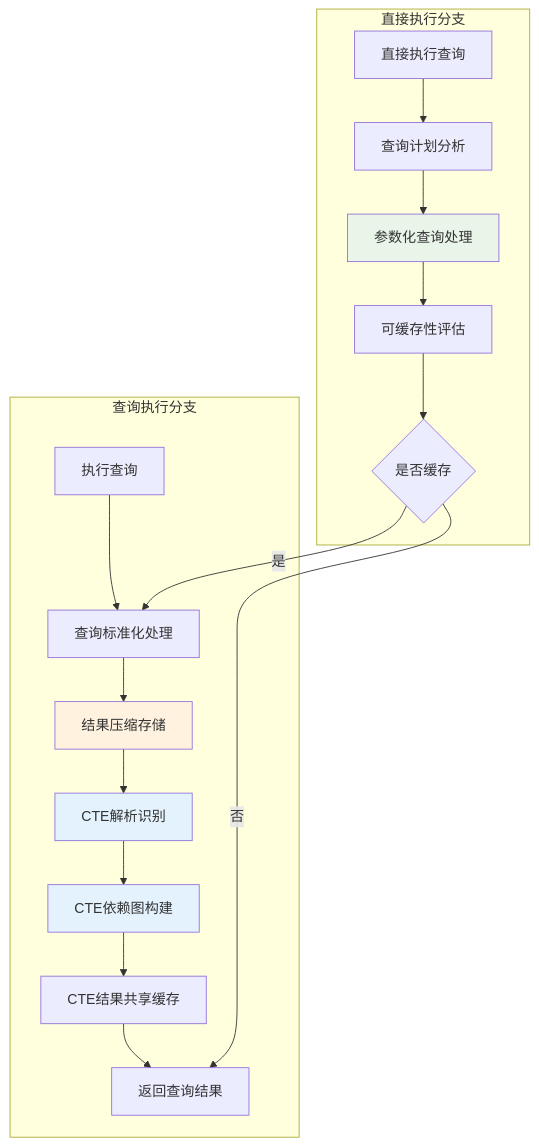
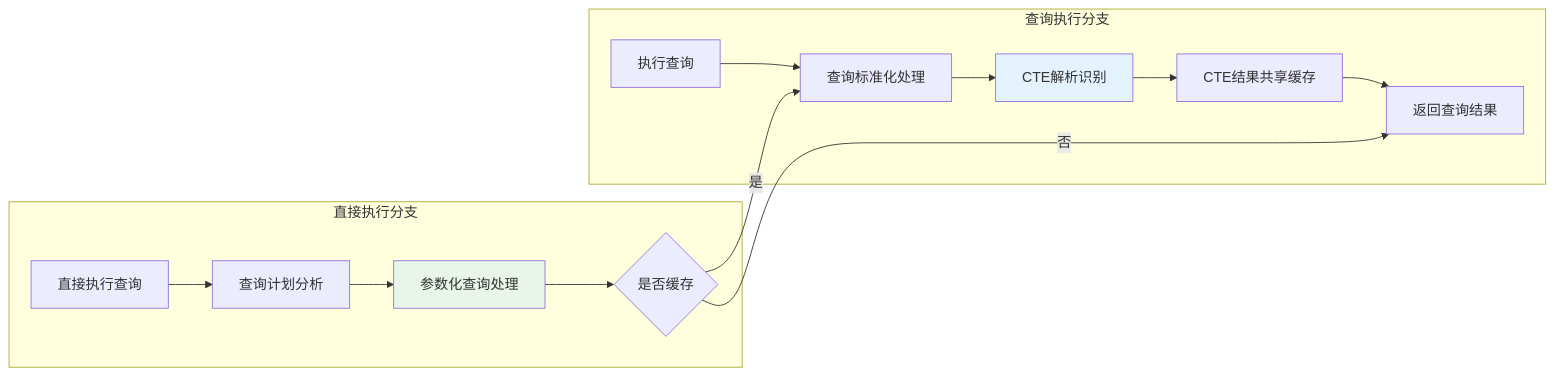
The diagram in md/images/3-图3.3 动态缓存管理系统局部流程详情.mmd (crazypenguincode/duckdb), drawn with Mermaid before and after one commit. The commit also changed 114 other files, not shown here.

Commit message:
图片资源

```diff
--- a/md/images/3-图3.3 动态缓存管理系统局部流程详情.mmd
+++ b/md/images/3-图3.3 动态缓存管理系统局部流程详情.mmd
@@ -1,23 +1,26 @@
-graph TB
-    subgraph "查询执行分支"
-        H1[执行查询] --> H2[查询标准化处理]
-        H2 --> I1[结果压缩存储]
-        I1 --> J1[CTE解析识别]
-        J1 --> J2[CTE依赖图构建]
-        J2 --> K1[CTE结果共享缓存]
-        K1 --> L1[返回查询结果]
+graph LR
+    subgraph s1["查询执行分支"]
+        H2["查询标准化处理"]
+        H1["执行查询"]
+        J1["CTE解析识别"]
+        K1["CTE结果共享缓存"]
+        L1["返回查询结果"]
     end
-    
-    subgraph "直接执行分支"
-        D1[直接执行查询] --> M1[查询计划分析]
-        M1 --> M2[参数化查询处理]
-        M2 --> N1[可缓存性评估]
-        N1 --> O1{是否缓存}
-        O1 -->|是| H2
-        O1 -->|否| L1
+    subgraph s2["直接执行分支"]
+        M1["查询计划分析"]
+        D1["直接执行查询"]
+        M2["参数化查询处理"]
+        O1{"是否缓存"}
     end
-    
-    style I1 fill:#fff3e0
+    H1 --> H2
+    H2 --> J1
+    J1 --> K1
+    K1 --> L1
+    D1 --> M1
+    M1 --> M2
+    M2 -->  O1
+    O1 -- 是 --> H2
+    O1 -- 否 --> L1
+
     style J1 fill:#e3f2fd
-    style J2 fill:#e3f2fd
     style M2 fill:#e8f5e8
```
